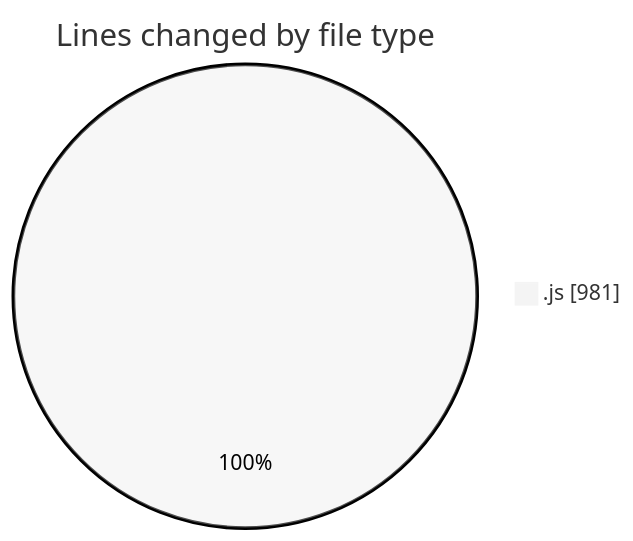
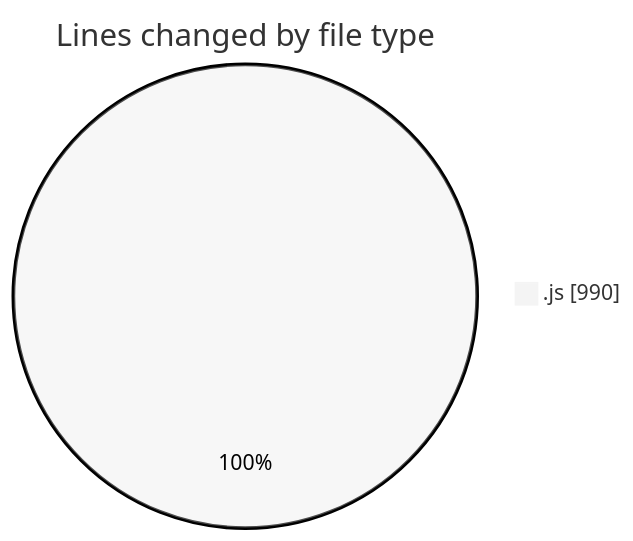
One commit to BS-eng2023/code-tracking changed the first of 2 diagrams in 2025-03-31/jsvms/README.md. Above: the diagram before and after it, drawn with Mermaid (neutral theme). The commit also changed other lines of this file and 1 other file, not shown here.

````diff
--- a/2025-03-31/jsvms/README.md
+++ b/2025-03-31/jsvms/README.md
@@ -31,5 +31,5 @@
 ```mermaid
 pie showData
 title Lines changed by file type
-".js" : 981
+".js" : 990
 ```
````
